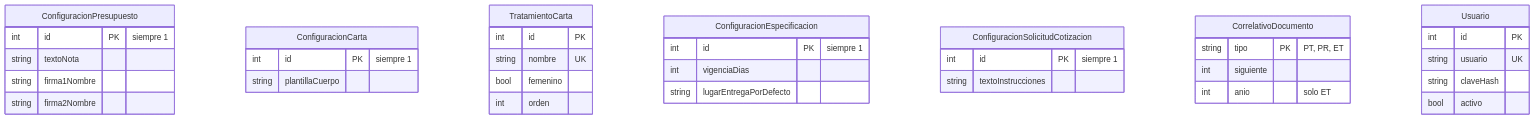
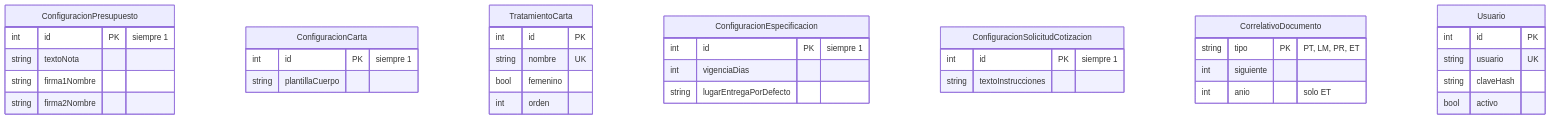
The fifth of 5 diagrams in docs/modelo-logico-datos.md (wilDC123/presupuestosRedes), drawn with Mermaid before and after one commit. The commit also changed other lines of this file and 16 other files, not shown here.

````diff
--- a/docs/modelo-logico-datos.md
+++ b/docs/modelo-logico-datos.md
@@ -301,39 +303,39 @@
 ```mermaid
 erDiagram
     ConfiguracionPresupuesto {
         int id PK "siempre 1"
         string textoNota
         string firma1Nombre
         string firma2Nombre
     }
     ConfiguracionCarta {
         int id PK "siempre 1"
         string plantillaCuerpo
     }
     TratamientoCarta {
         int id PK
         string nombre UK
         bool femenino
         int orden
     }
     ConfiguracionEspecificacion {
         int id PK "siempre 1"
         int vigenciaDias
         string lugarEntregaPorDefecto
     }
     ConfiguracionSolicitudCotizacion {
         int id PK "siempre 1"
         string textoInstrucciones
     }
     CorrelativoDocumento {
-        string tipo PK "PT, PR, ET"
+        string tipo PK "PT, LM, PR, ET"
         int siguiente
         int anio "solo ET"
     }
     Usuario {
         int id PK
         string usuario UK
         string claveHash
         bool activo
     }
 ```
````
